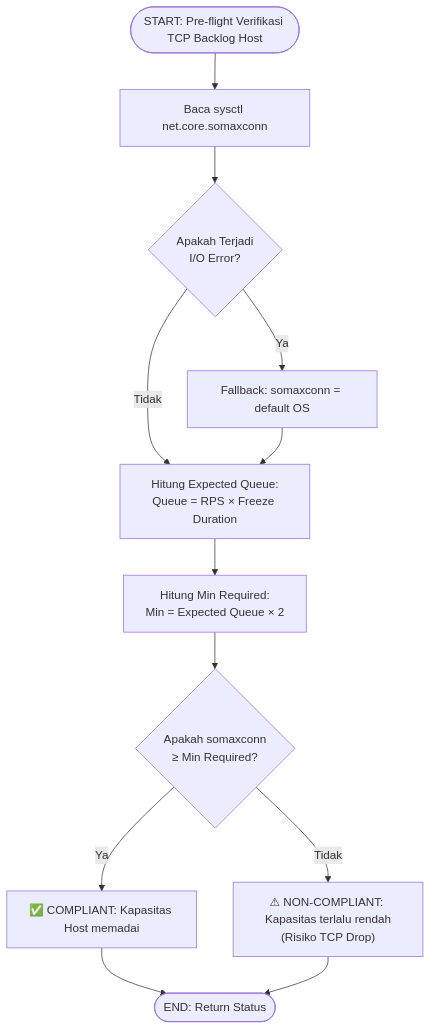
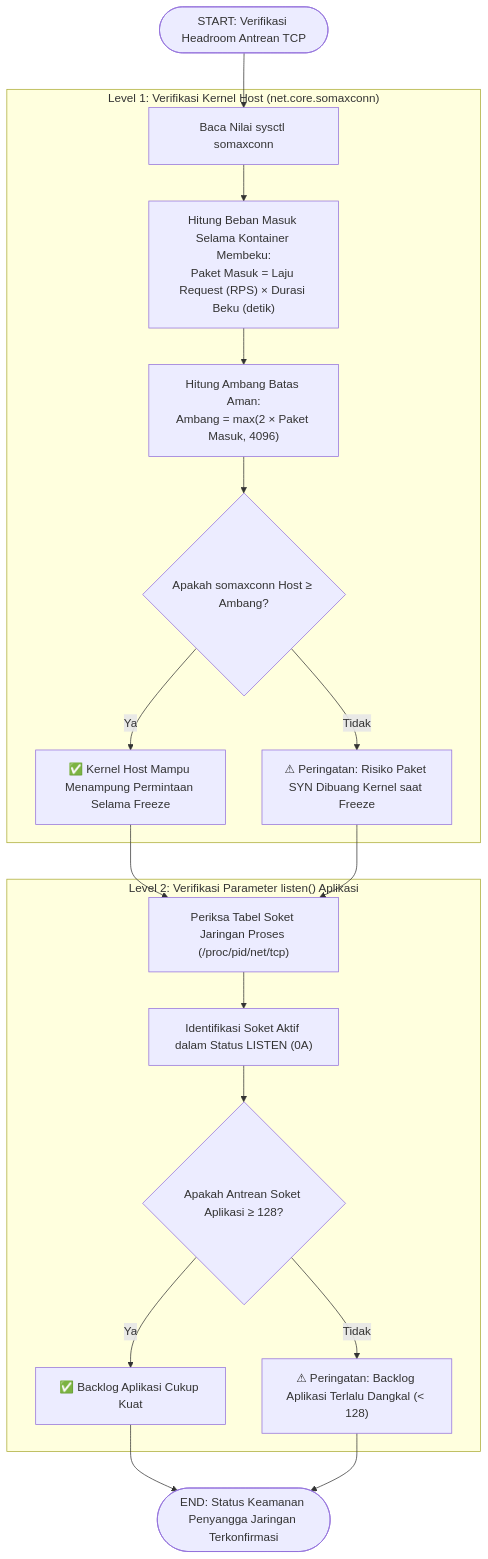
One commit to fauzanreza/green-container-framework changed the second of 2 diagrams in architecture-diagrams/layer-4-shaper/03_tcp_backlog.md. Above: the diagram before and after it, drawn with Mermaid. The commit also changed other lines of this file and 18 other files, not shown here.

````diff
--- a/architecture-diagrams/layer-4-shaper/03_tcp_backlog.md
+++ b/architecture-diagrams/layer-4-shaper/03_tcp_backlog.md
@@ -73,29 +83,43 @@
 ```mermaid
 flowchart TD
-    START(["START: Pre-flight Verifikasi TCP Backlog Host"])
+    START(["START: Verifikasi Headroom Antrean TCP"])
 
-    BACA["Baca sysctl net.core.somaxconn"]
-    GAGAL{"Apakah Terjadi<br/>I/O Error?"}
-    ASUMSI["Fallback: somaxconn = default OS"]
+    subgraph LEVEL_1["Level 1: Verifikasi Kernel Host (net.core.somaxconn)"]
+        BACA_HOST["Baca Nilai sysctl somaxconn"]
+        HITUNG_ESTIMASI["Hitung Beban Masuk Selama Kontainer Membeku:<br/>Paket Masuk = Laju Request (RPS) × Durasi Beku (detik)"]
+        HITUNG_MIN_BUFFER["Hitung Ambang Batas Aman:<br/>Ambang = max(2 × Paket Masuk, 4096)"]
+        CEK_HOST{"Apakah somaxconn Host ≥ Ambang?"}
+        HOST_OK["✅ Kernel Host Mampu Menampung Permintaan Selama Freeze"]
+        HOST_DROP["⚠ Peringatan: Risiko Paket SYN Dibuang Kernel saat Freeze"]
+    end
 
-    HITUNG_PAKET["Hitung Expected Queue:<br/>Queue = RPS × Freeze Duration"]
-    HITUNG_MINIMAL["Hitung Min Required:<br/>Min = Expected Queue × 2"]
+    subgraph LEVEL_2["Level 2: Verifikasi Parameter listen() Aplikasi"]
+        BACA_SOKET["Periksa Tabel Soket Jaringan Proses (/proc/pid/net/tcp)"]
+        CARI_LISTEN["Identifikasi Soket Aktif dalam Status LISTEN (0A)"]
+        CEK_LIMIT_APP{"Apakah Antrean Soket Aplikasi ≥ 128?"}
+        APP_OK["✅ Backlog Aplikasi Cukup Kuat"]
+        APP_DROP["⚠ Peringatan: Backlog Aplikasi Terlalu Dangkal (< 128)"]
+    end
 
-    CUKUP{"Apakah somaxconn<br/>≥ Min Required?"}
-    AMAN["✅ COMPLIANT: Kapasitas Host memadai"]
-    BAHAYA["⚠ NON-COMPLIANT: Kapasitas terlalu rendah<br/>(Risiko TCP Drop)"]
+    SELESAI(["END: Status Keamanan Penyangga Jaringan Terkonfirmasi"])
 
-    SELESAI(["END: Return Status"])
+    START --> BACA_HOST
+    BACA_HOST --> HITUNG_ESTIMASI
+    HITUNG_ESTIMASI --> HITUNG_MIN_BUFFER
+    HITUNG_MIN_BUFFER --> CEK_HOST
 
-    START --> BACA
-    BACA --> GAGAL
-    GAGAL -->|Ya| ASUMSI
-    GAGAL -->|Tidak| HITUNG_PAKET
-    ASUMSI --> HITUNG_PAKET
-    HITUNG_PAKET --> HITUNG_MINIMAL
-    HITUNG_MINIMAL --> CUKUP
-    CUKUP -->|Ya| AMAN
-    CUKUP -->|Tidak| BAHAYA
-    AMAN --> SELESAI
-    BAHAYA --> SELESAI
+    CEK_HOST -->|Ya| HOST_OK
+    CEK_HOST -->|Tidak| HOST_DROP
+
+    HOST_OK --> BACA_SOKET
+    HOST_DROP --> BACA_SOKET
+
+    BACA_SOKET --> CARI_LISTEN
+    CARI_LISTEN --> CEK_LIMIT_APP
+
+    CEK_LIMIT_APP -->|Ya| APP_OK
+    CEK_LIMIT_APP -->|Tidak| APP_DROP
+
+    APP_OK --> SELESAI
+    APP_DROP --> SELESAI
 ```
````
